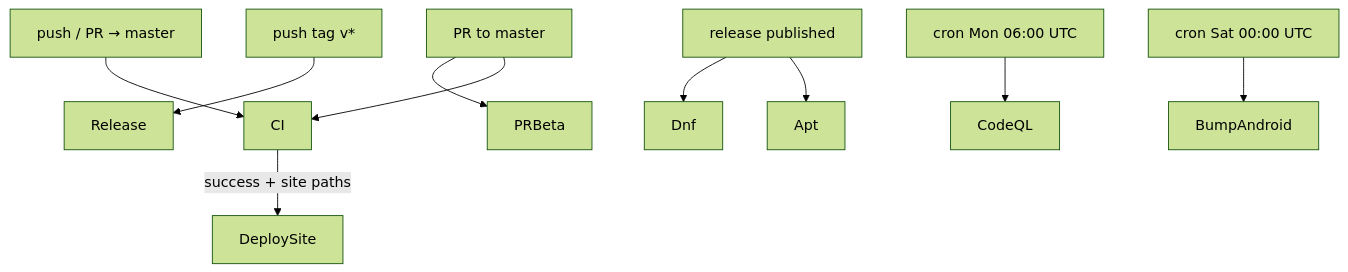
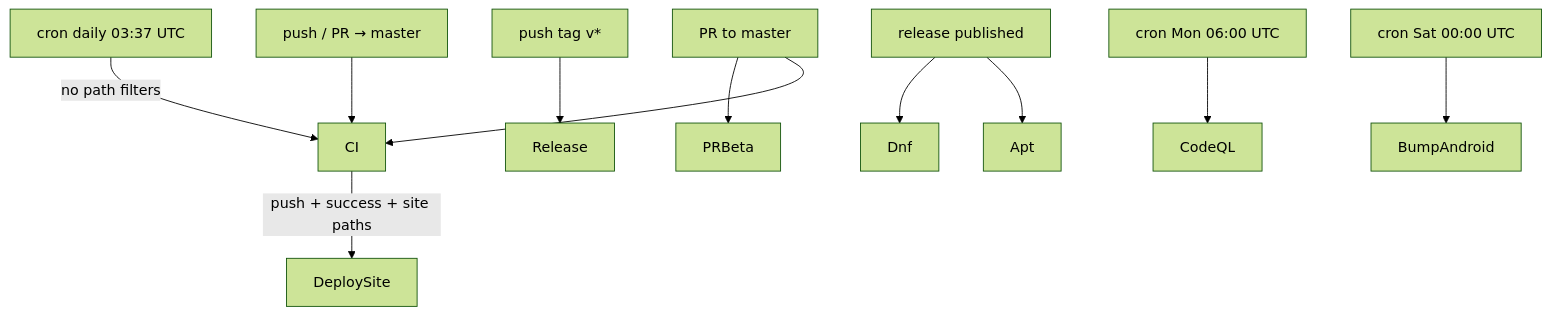
One commit to themadorg/bedrud changed the first of 4 diagrams in docs/developer/ci.md. Above: the diagram before and after it, drawn with Mermaid (forest theme). The commit also changed other lines of this file, not shown here.

First line of the commit message:
docs(ci): describe the scheduled run, the new grouping and the deploy guard

````diff
--- a/docs/developer/ci.md
+++ b/docs/developer/ci.md
@@ -9,18 +9,20 @@
 ```mermaid
 flowchart TB
   push["push / PR → master"]
   tag["push tag v*"]
   cronQ["cron Mon 06:00 UTC"]
   cronS["cron Sat 00:00 UTC"]
+  cronCI["cron daily 03:37 UTC"]
   relPub["release published"]
 
   push --> CI
-  CI -->|success + site paths| DeploySite
+  cronCI -->|no path filters| CI
+  CI -->|push + success + site paths| DeploySite
   tag --> Release
   relPub --> Apt
   relPub --> Dnf
   cronQ --> CodeQL
   cronS --> BumpAndroid
   PR["PR to master"] --> CI
   PR --> PRBeta
 ```
````
